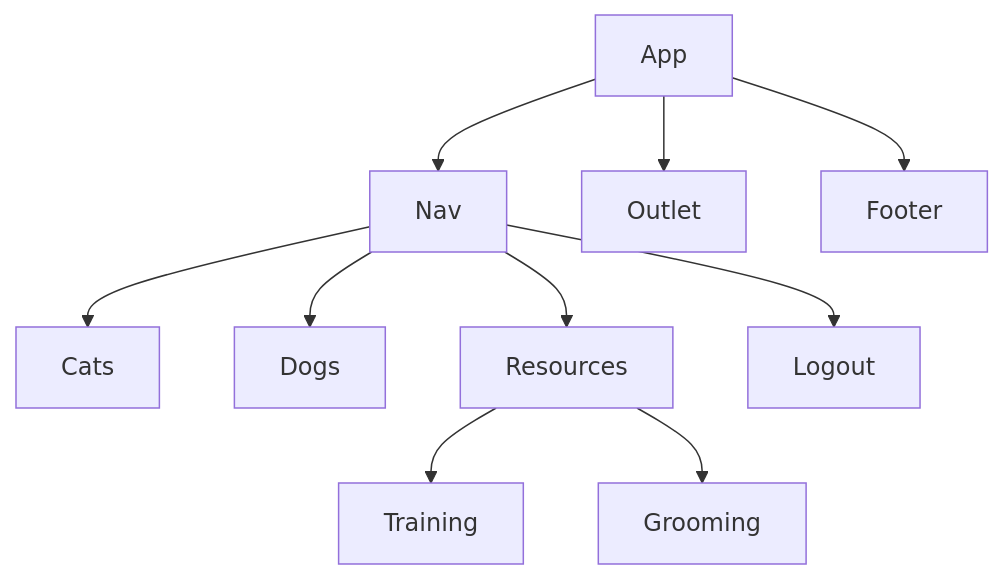
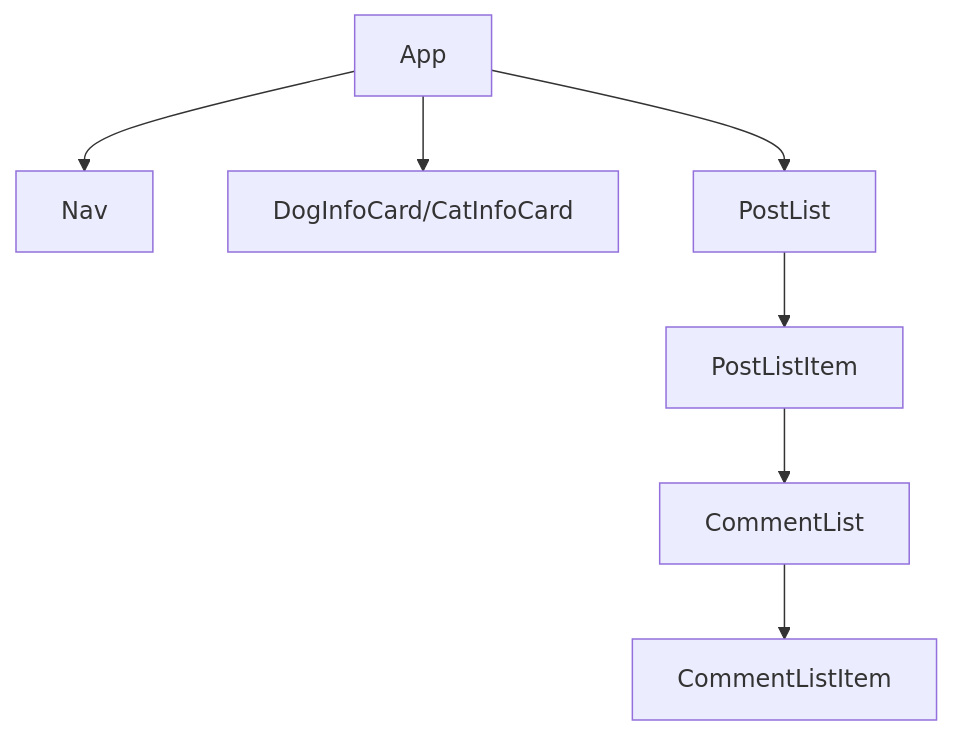
One commit to briant1312/pets-frontend changed the diagram in README.md. Above: the diagram before and after it, drawn with Mermaid.

````diff
--- a/README.md
+++ b/README.md
@@ -27,13 +27,10 @@
 ```mermaid
 flowchart TD
 
     App --> Nav
-    App --> Outlet
-    App --> Footer
-    Nav --> Cats
-    Nav --> Dogs
-    Nav --> Resources
-    Nav --> id9[ Logout ]
-    Resources --> Training
-    Resources --> Grooming
+    App --> DogInfoCard/CatInfoCard
+    App --> PostList
+    PostList --> PostListItem
+    PostListItem --> CommentList
+    CommentList --> CommentListItem
 ```
````
